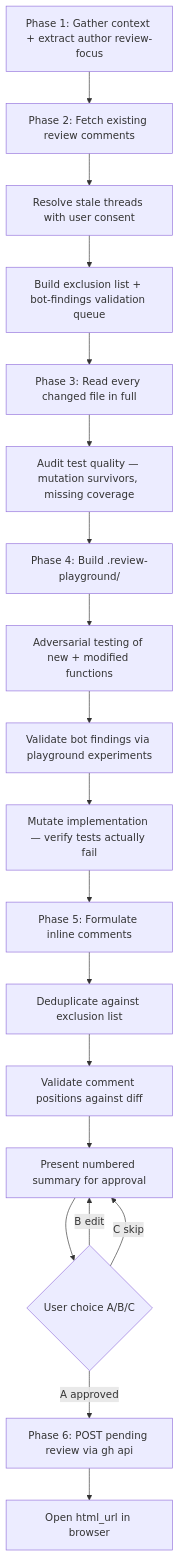
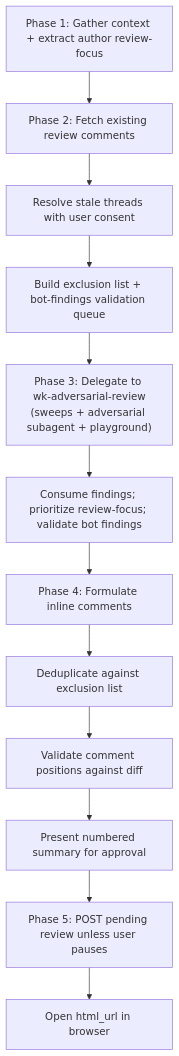
One commit to whizzzkid/skills changed the diagram in skills/pr-review/README.md. Above: the diagram before and after it, drawn with Mermaid. The commit also changed other lines of this file and 161 other files, not shown here.

````diff
--- a/skills/pr-review/README.md
+++ b/skills/pr-review/README.md
@@ -17,21 +18,14 @@
 ```mermaid
 flowchart TD
     A[Phase 1: Gather context + extract author review-focus] --> B[Phase 2: Fetch existing review comments]
     B --> C[Resolve stale threads with user consent]
     C --> D[Build exclusion list + bot-findings validation queue]
-    D --> E[Phase 3: Read every changed file in full]
-    E --> F[Audit test quality — mutation survivors, missing coverage]
-    F --> G[Phase 4: Build .review-playground/]
-    G --> H[Adversarial testing of new + modified functions]
-    H --> I[Validate bot findings via playground experiments]
-    I --> J[Mutate implementation — verify tests actually fail]
-    J --> K[Phase 5: Formulate inline comments]
-    K --> L[Deduplicate against exclusion list]
-    L --> M[Validate comment positions against diff]
-    M --> N[Present numbered summary for approval]
-    N --> O{User choice A/B/C}
-    O -->|A approved| P[Phase 6: POST pending review via gh api]
-    O -->|B edit| N
-    O -->|C skip| N
-    P --> Q[Open html_url in browser]
+    D --> E["Phase 3: Delegate to wk-adversarial-review<br/>(sweeps + adversarial subagent + playground)"]
+    E --> F[Consume findings; prioritize review-focus; validate bot findings]
+    F --> G[Phase 4: Formulate inline comments]
+    G --> H[Deduplicate against exclusion list]
+    H --> I[Validate comment positions against diff]
+    I --> J[Present numbered summary for approval]
+    J --> K[Phase 5: POST pending review unless user pauses]
+    K --> L[Open html_url in browser]
 ```
````
